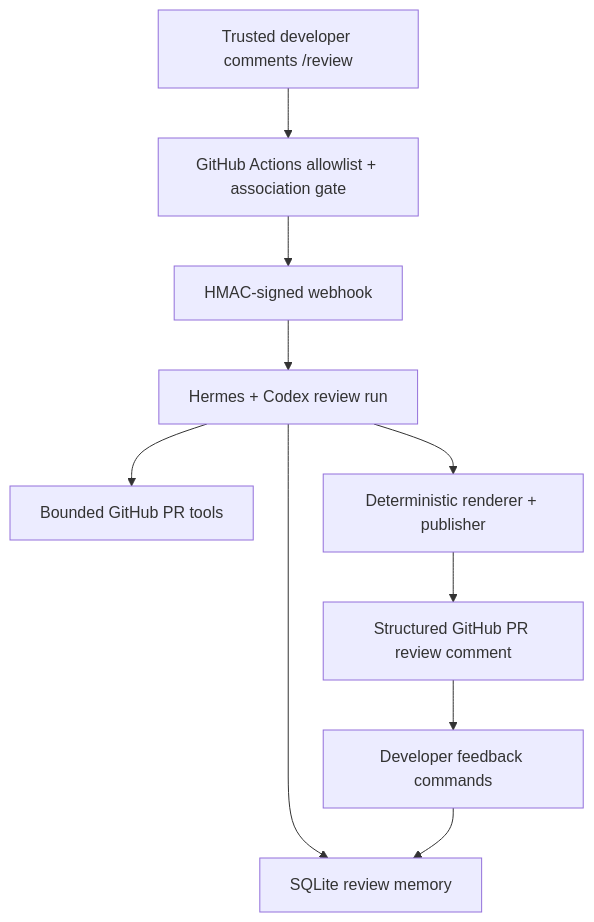
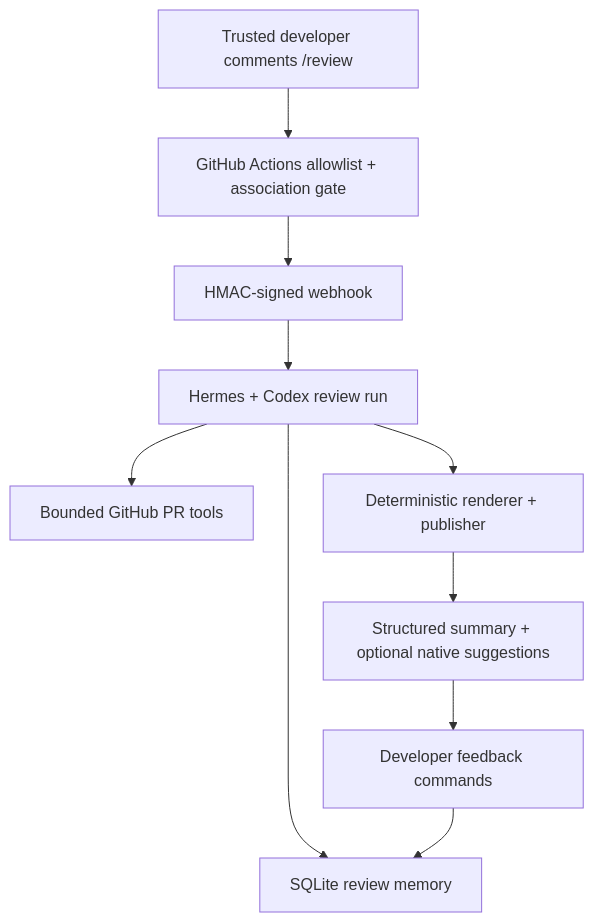
One commit to eneo-ai-bot/eneo-security-review-infra changed the diagram in README.md. Above: the diagram before and after it, drawn with Mermaid. The commit also changed other lines of this file and 30 other files, not shown here.

First line of the commit message:
feat(review): publish atomic GitHub suggestions

````diff
--- a/README.md
+++ b/README.md
@@ -52,12 +56,12 @@
 ```mermaid
 flowchart TD
     A["Trusted developer comments /review"] --> B["GitHub Actions allowlist + association gate"]
     B --> C["HMAC-signed webhook"]
     C --> D["Hermes + Codex review run"]
     D --> E["Bounded GitHub PR tools"]
     D --> F["SQLite review memory"]
     D --> G["Deterministic renderer + publisher"]
-    G --> H["Structured GitHub PR review comment"]
+    G --> H["Structured summary + optional native suggestions"]
     H --> I["Developer feedback commands"]
     I --> F
 ```
````
